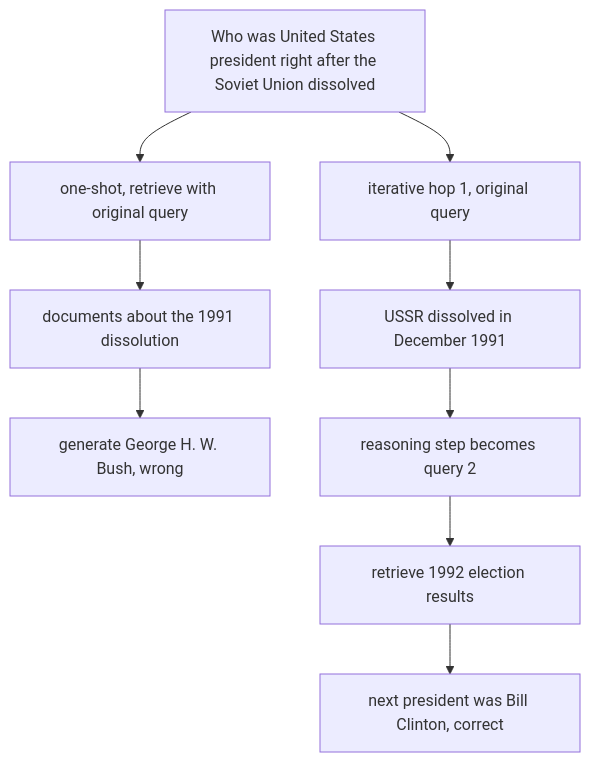
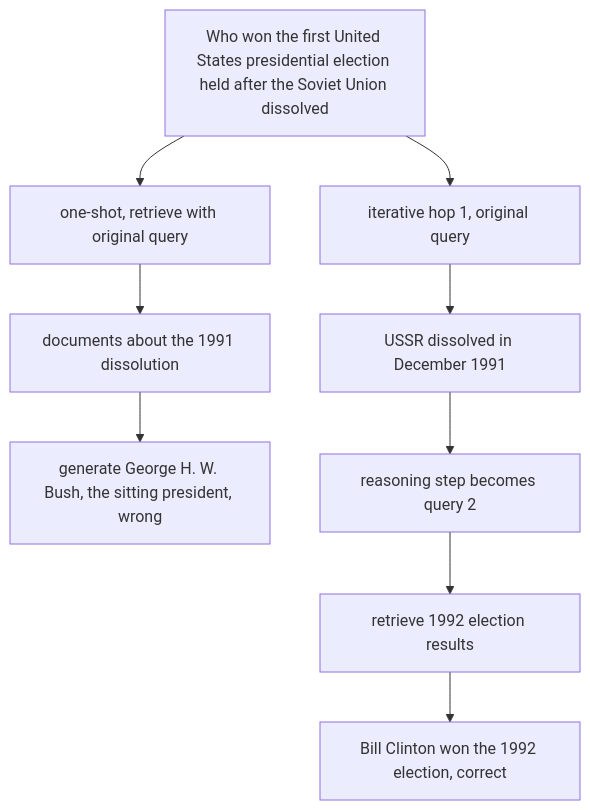
The fourth of 7 diagrams in chapters/41_end_to_end_design_drills.md (arunshar/rag-interview-chapters), drawn with Mermaid before and after one commit. The commit also changed other lines of this file and 132 other files, not shown here.

````diff
--- a/chapters/41_end_to_end_design_drills.md
+++ b/chapters/41_end_to_end_design_drills.md
@@ -694,10 +694,10 @@
 ```mermaid
 flowchart TB
-  Q["Who was United States president right after the Soviet Union dissolved"]
+  Q["Who won the first United States presidential election held after the Soviet Union dissolved"]
   Q --> O1["one-shot, retrieve with original query"]
-  O1 --> O2["documents about the 1991 dissolution"] --> O3["generate George H. W. Bush, wrong"]
+  O1 --> O2["documents about the 1991 dissolution"] --> O3["generate George H. W. Bush, the sitting president, wrong"]
   Q --> I1["iterative hop 1, original query"]
   I1 --> I2["USSR dissolved in December 1991"]
   I2 --> I3["reasoning step becomes query 2"]
-  I3 --> I4["retrieve 1992 election results"] --> I5["next president was Bill Clinton, correct"]
+  I3 --> I4["retrieve 1992 election results"] --> I5["Bill Clinton won the 1992 election, correct"]
 ```
````
